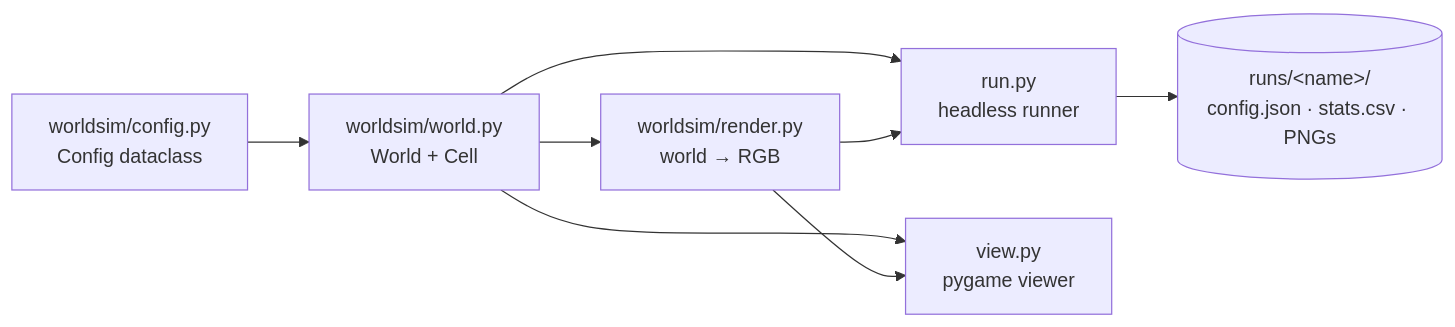
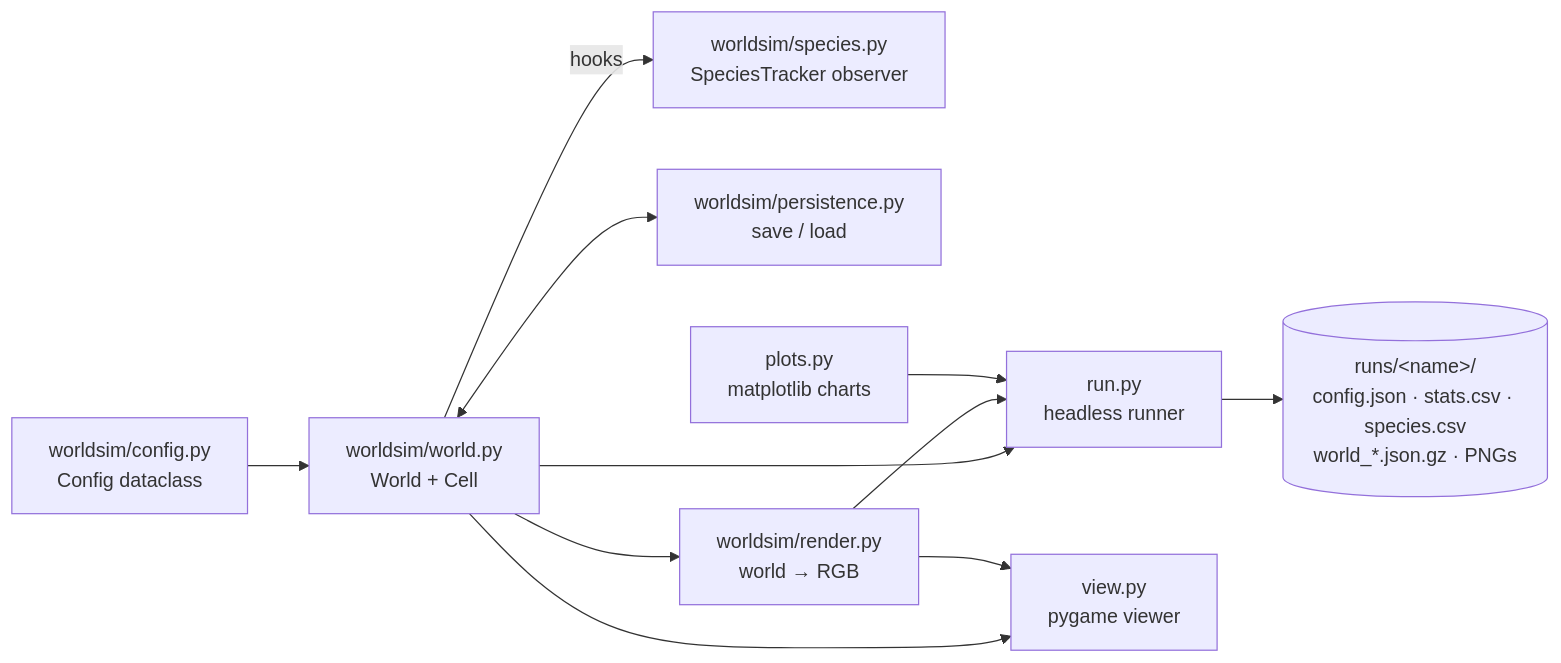
One commit to KydoDev/alife-SkiaWorld changed the diagram in docs/ARCHITECTURE.md. Above: the diagram before and after it, drawn with Mermaid. The commit also changed other lines of this file and 25 other files, not shown here.

First line of the commit message:
feat(engine): F1 foundations - save/load, species tracking, novelty, profiling

````diff
--- a/docs/ARCHITECTURE.md
+++ b/docs/ARCHITECTURE.md
@@ -7,10 +7,13 @@
 ```mermaid
 flowchart LR
     Config[worldsim/config.py<br/>Config dataclass] --> World[worldsim/world.py<br/>World + Cell]
+    World -- hooks --> Species[worldsim/species.py<br/>SpeciesTracker observer]
+    World <--> Persist[worldsim/persistence.py<br/>save / load]
     World --> Render[worldsim/render.py<br/>world → RGB]
     World --> Run[run.py<br/>headless runner]
     Render --> Run
+    Plots[plots.py<br/>matplotlib charts] --> Run
     World --> View[view.py<br/>pygame viewer]
     Render --> View
-    Run --> Out[(runs/&lt;name&gt;/<br/>config.json · stats.csv · PNGs)]
+    Run --> Out[(runs/&lt;name&gt;/<br/>config.json · stats.csv · species.csv<br/>world_*.json.gz · PNGs)]
 ```
````
